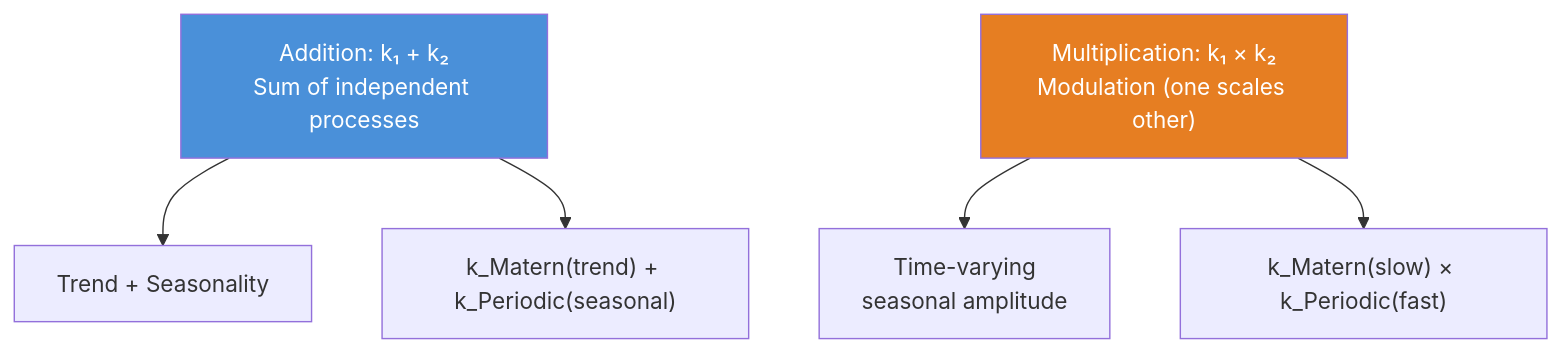
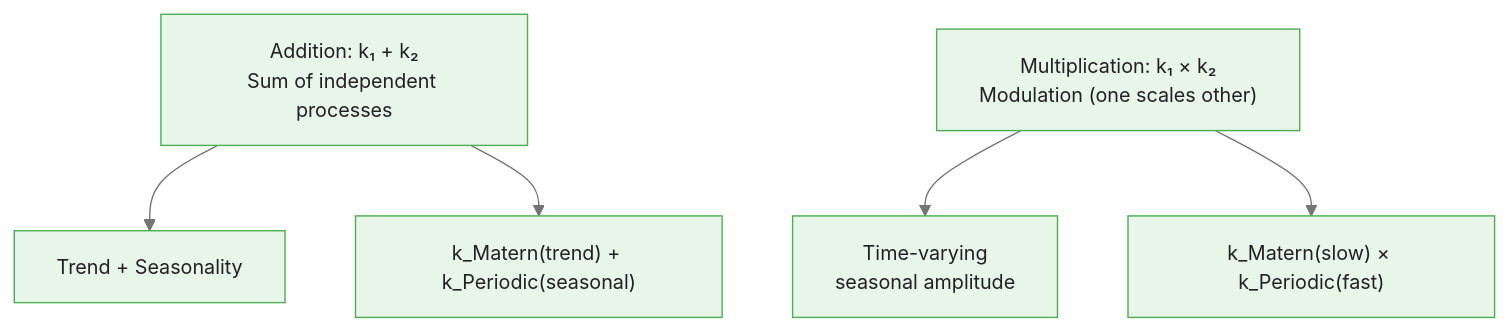
The third of 4 diagrams in courses/bayesian-commodity-forecasting/modules/module_05_gaussian_processes/guides/01_gp_fundamentals_slides.md (m-deane/course-creator), drawn with Mermaid before and after one commit. The commit also changed other lines of this file and 104 other files, not shown here.

````diff
--- a/courses/bayesian-commodity-forecasting/modules/module_05_gaussian_processes/guides/01_gp_fundamentals_slides.md
+++ b/courses/bayesian-commodity-forecasting/modules/module_05_gaussian_processes/guides/01_gp_fundamentals_slides.md
@@ -259,9 +273,8 @@
 ```mermaid
+%%{init: {"theme": "base", "themeVariables": {"primaryColor": "#e8f5e9", "primaryBorderColor": "#4caf50", "primaryTextColor": "#212121", "secondaryColor": "#e3f2fd", "tertiaryColor": "#fff8e1", "lineColor": "#757575", "fontFamily": "Inter, sans-serif", "fontSize": "14px"}}}%%
 flowchart TD
     ADD["Addition: k₁ + k₂\nSum of independent processes"] --> TS["Trend + Seasonality"]
     MUL["Multiplication: k₁ × k₂\nModulation (one scales other)"] --> TV["Time-varying\nseasonal amplitude"]
     ADD --> EX1["k_Matern(trend) + k_Periodic(seasonal)"]
     MUL --> EX2["k_Matern(slow) × k_Periodic(fast)"]
-    style ADD fill:#4a90d9,color:#fff
-    style MUL fill:#e67e22,color:#fff
 ```
````
